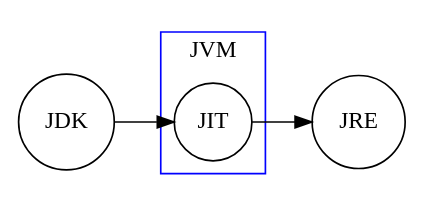
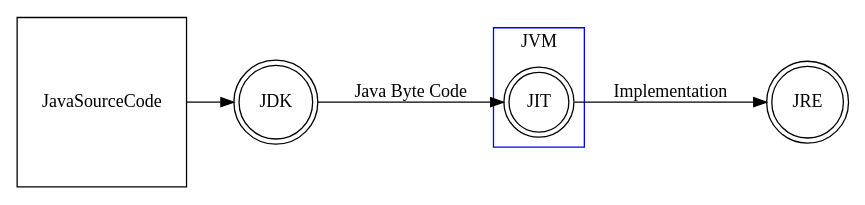
One commit to Broscorp-net/traineeship changed the diagram in module1/src/main/java/net/broscorp/a_patform/a_platform.gv. Above: the diagram before and after it, drawn with Graphviz.

Commit message:
a_platform

```diff
--- a/module1/src/main/java/net/broscorp/a_patform/a_platform.gv
+++ b/module1/src/main/java/net/broscorp/a_patform/a_platform.gv
@@ -1,14 +1,18 @@
-digraph finite_state_machine {
+digraph {
     rankdir=LR;
-    size="8,5"
+    size="7"
+    node [shape = square]; JavaSourceCode
+    node [shape = doublecircle]; JDK JIT JRE;
     node [shape = circle];
 
-    JDK -> JIT;
-    JIT -> JRE;
 
-    subgraph cluster_3 {
+    JavaSourceCode -> JDK
+    JDK -> JIT [ label = "Java Byte Code" ];
+    JIT -> JRE [ label = "Implementation" ];
+
+    subgraph cluster {
     JIT
     color=blue;
     label = "JVM"
     }
 }
```
